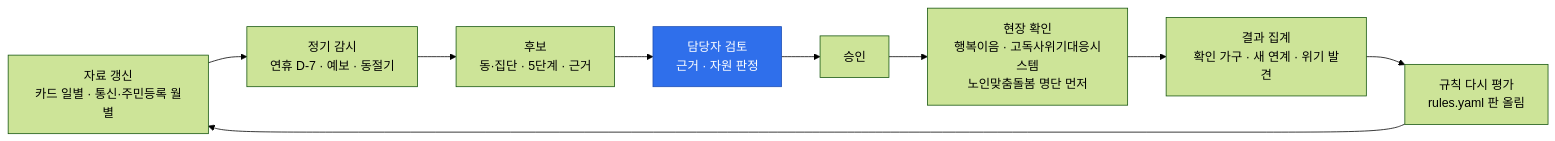
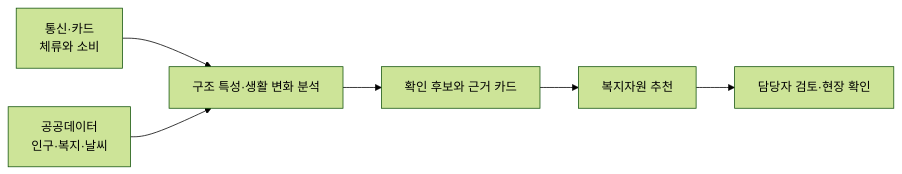
The diagram in README.md (taeyeon715/BigDataContest_social-isolation-LINK-Radar), drawn with Mermaid (forest theme) before and after one commit. The commit also changed other lines of this file, not shown here.

````diff
--- a/README.md
+++ b/README.md
@@ -187,12 +77,8 @@
 ```mermaid
 flowchart LR
-    A["자료 갱신<br/>카드 일별 · 통신·주민등록 월별"] --> B["정기 감시<br/>연휴 D-7 · 예보 · 동절기"]
-    B --> C["후보<br/>동·집단 · 5단계 · 근거"]
-    C --> D["담당자 검토<br/>근거 · 자원 판정"]
-    D --> E["승인"]
-    E --> F["현장 확인<br/>행복이음 · 고독사위기대응시스템<br/>노인맞춤돌봄 명단 먼저"]
-    F --> G["결과 집계<br/>확인 가구 · 새 연계 · 위기 발견"]
-    G --> H["규칙 다시 평가<br/>rules.yaml 판 올림"]
-    H --> A
-    style D fill:#2F6FEB,color:#fff,stroke:#1f4fb5
+    A["통신·카드<br/>체류와 소비"] --> C["구조 특성·생활 변화 분석"]
+    B["공공데이터<br/>인구·복지·날씨"] --> C
+    C --> D["확인 후보와 근거 카드"]
+    D --> E["복지자원 추천"]
+    E --> F["담당자 검토·현장 확인"]
 ```
````
